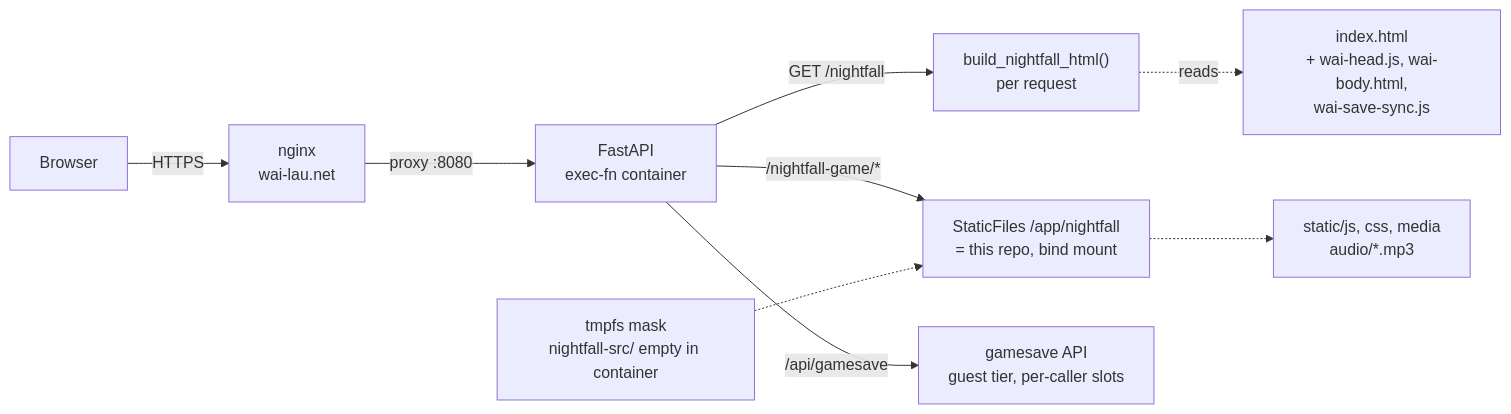
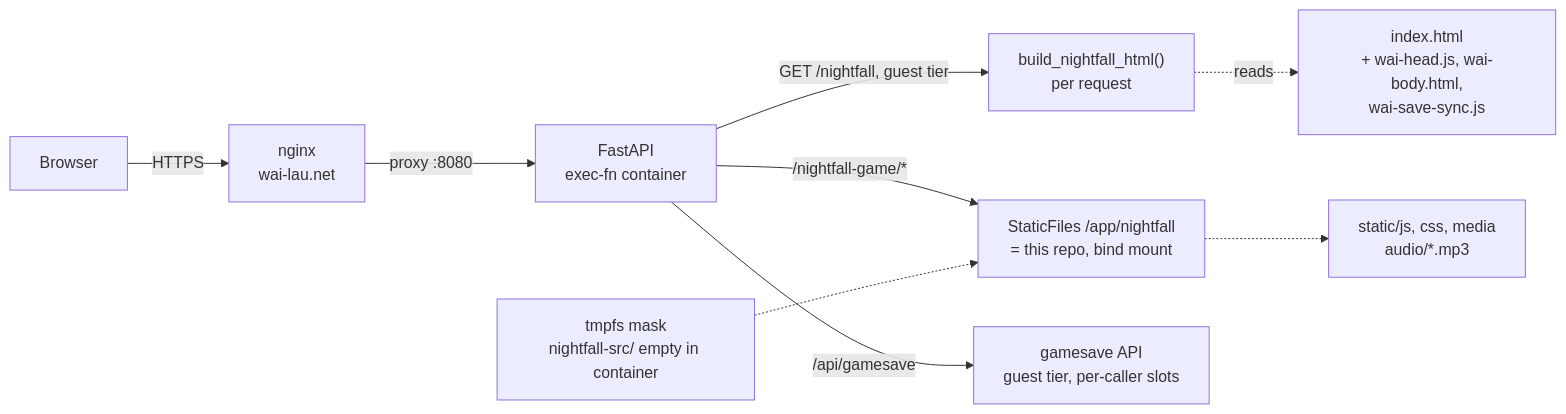
Before and after one commit to wai-lau/nightfall: the diagram in docs/arch/serving.mmd, drawn with Mermaid. The commit also changed 11 other files, not shown here.

```diff
--- a/docs/arch/serving.mmd
+++ b/docs/arch/serving.mmd
@@ -1,9 +1,9 @@
 flowchart LR
     browser["Browser"] -->|HTTPS| nginx["nginx<br/>wai-lau.net"]
     nginx -->|"proxy :8080"| fastapi["FastAPI<br/>exec-fn container"]
-    fastapi -->|"GET /nightfall"| builder["build_nightfall_html()<br/>per request"]
+    fastapi -->|"GET /nightfall, guest tier"| builder["build_nightfall_html()<br/>per request"]
     fastapi -->|"/nightfall-game/*"| mount["StaticFiles /app/nightfall<br/>= this repo, bind mount"]
     fastapi -->|"/api/gamesave"| saves["gamesave API<br/>guest tier, per-caller slots"]
     builder -.reads.-> indexhtml["index.html<br/>+ wai-head.js, wai-body.html,<br/>wai-save-sync.js"]
     mount -.-> assets["static/js, css, media<br/>audio/*.mp3"]
     mask["tmpfs mask<br/>nightfall-src/ empty in container"] -.-> mount
```
